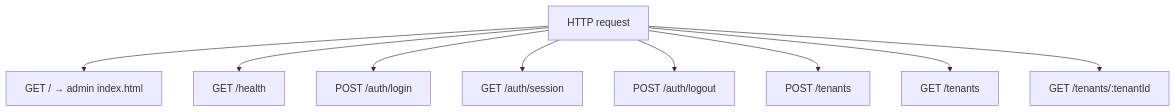
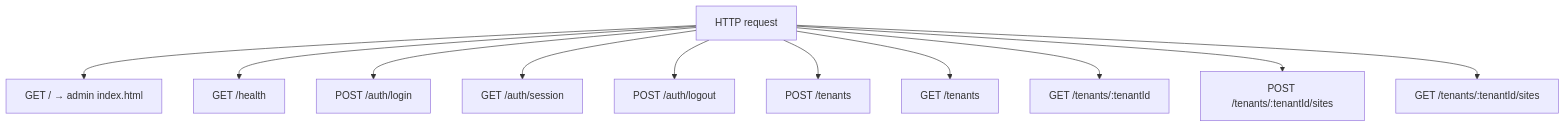
Before and after one commit to progentic/behr: the second of 4 diagrams in docs/ARCHITECTURE.md, drawn with Mermaid. The commit also changed other lines of this file and 26 other files, not shown here.

````diff
--- a/docs/ARCHITECTURE.md
+++ b/docs/ARCHITECTURE.md
@@ -70,13 +71,15 @@
 ```mermaid
 flowchart TD
 
     Request[HTTP request]
     Request --> Root[GET / → admin index.html]
     Request --> Health[GET /health]
     Request --> Login[POST /auth/login]
     Request --> Session[GET /auth/session]
     Request --> Logout[POST /auth/logout]
     Request --> CreateTenant[POST /tenants]
     Request --> ListTenants[GET /tenants]
     Request --> TenantAccess[GET /tenants/:tenantId]
+    Request --> CreateSite[POST /tenants/:tenantId/sites]
+    Request --> ListSites[GET /tenants/:tenantId/sites]
 ```
````
